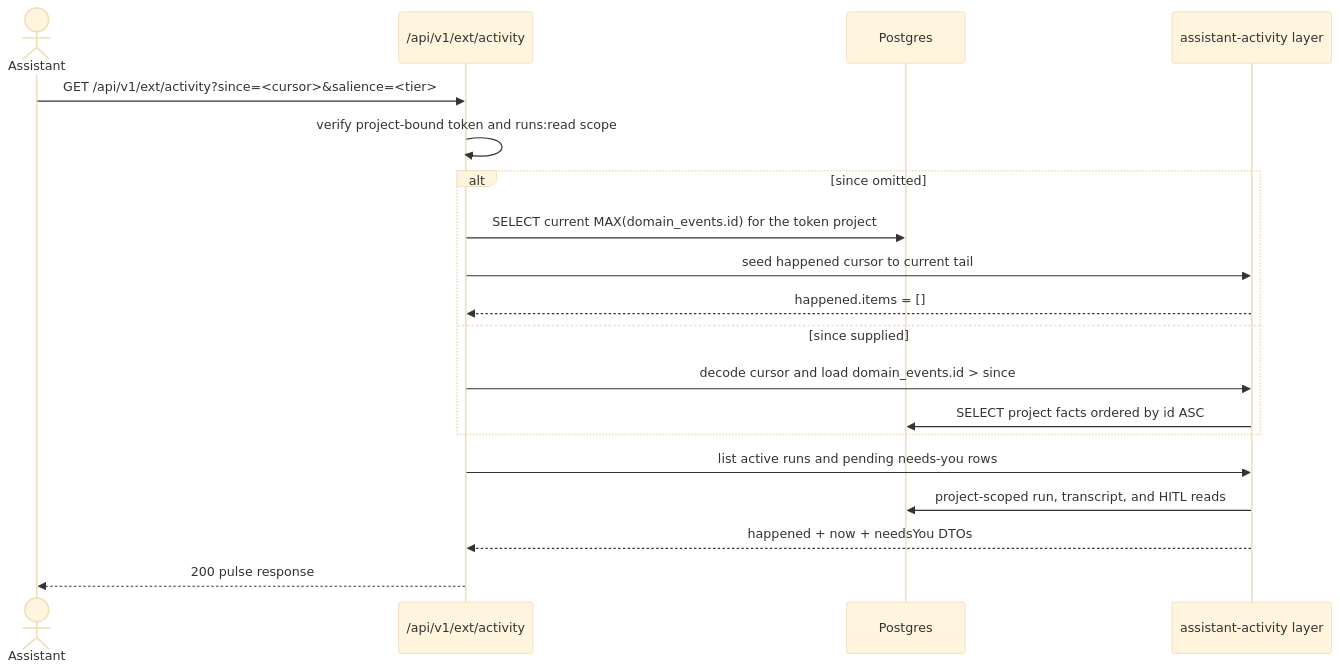
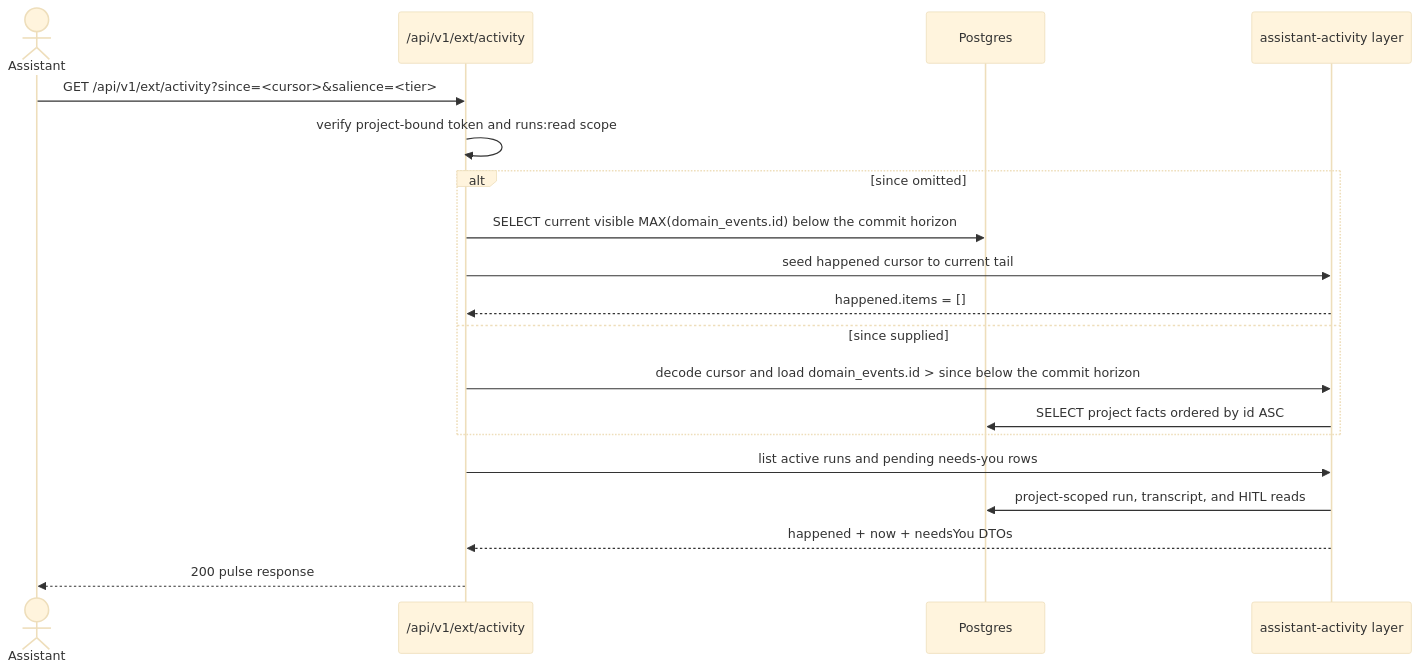
The second of 3 diagrams in docs/system-analytics/assistant-activity.md (maister-dev/maister), drawn with Mermaid (base theme) before and after one commit. The commit also changed other lines of this file and 14 other files, not shown here.

````diff
--- a/docs/system-analytics/assistant-activity.md
+++ b/docs/system-analytics/assistant-activity.md
@@ -90,22 +92,22 @@
 ```mermaid
 sequenceDiagram
     actor A as Assistant
     participant EXT as /api/v1/ext/activity
     participant DB as Postgres
     participant ACT as assistant-activity layer
 
     A->>EXT: GET /api/v1/ext/activity?since=<cursor>&salience=<tier>
     EXT->>EXT: verify project-bound token and runs:read scope
     alt since omitted
-        EXT->>DB: SELECT current MAX(domain_events.id) for the token project
+        EXT->>DB: SELECT current visible MAX(domain_events.id) below the commit horizon
         EXT->>ACT: seed happened cursor to current tail
         ACT-->>EXT: happened.items = []
     else since supplied
-        EXT->>ACT: decode cursor and load domain_events.id > since
+        EXT->>ACT: decode cursor and load domain_events.id > since below the commit horizon
         ACT->>DB: SELECT project facts ordered by id ASC
     end
     EXT->>ACT: list active runs and pending needs-you rows
     ACT->>DB: project-scoped run, transcript, and HITL reads
     ACT-->>EXT: happened + now + needsYou DTOs
     EXT-->>A: 200 pulse response
 ```
````
